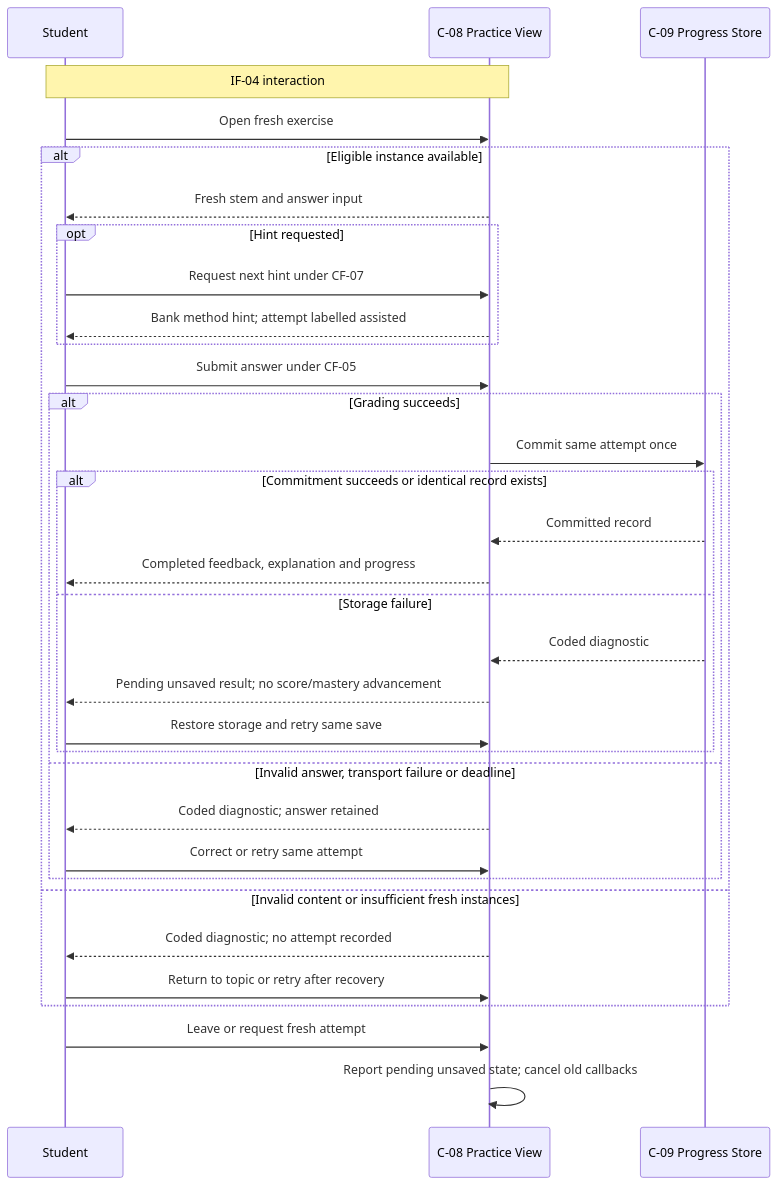
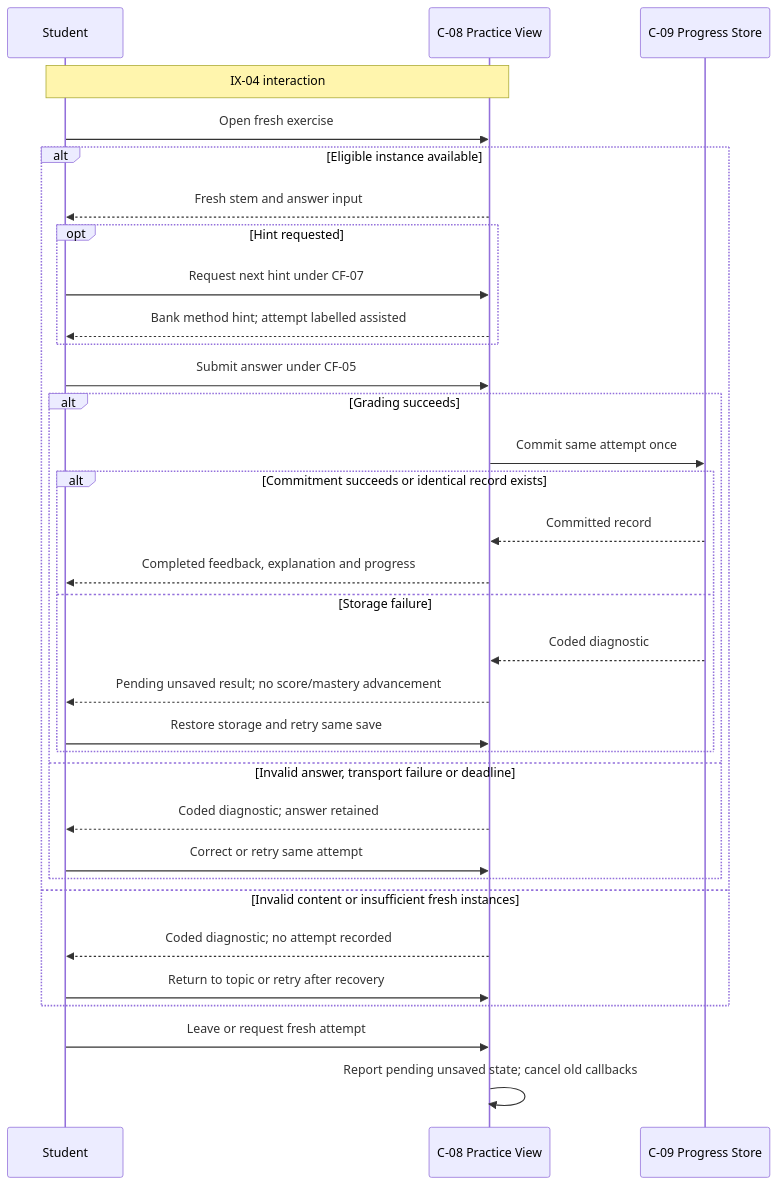
One commit to hailingu/orange changed diagram 12 of 14 in docs/architecture/ADD-0001-orange-v1-baseline.md. Above: the diagram before and after it, drawn with Mermaid. The commit also changed other lines of this file and 1 other file, not shown here.

First line of the commit message:
docs(architecture): approve ADD-0001 V1 baseline to Current

````diff
--- a/docs/architecture/ADD-0001-orange-v1-baseline.md
+++ b/docs/architecture/ADD-0001-orange-v1-baseline.md
@@ -705,35 +706,35 @@
 ```mermaid
 sequenceDiagram
     participant Student
     participant C08 as C-08 Practice View
     participant C09 as C-09 Progress Store
-    Note over Student,C08: IF-04 interaction
+    Note over Student,C08: IX-04 interaction
     Student->>C08: Open fresh exercise
     alt Eligible instance available
         C08-->>Student: Fresh stem and answer input
         opt Hint requested
             Student->>C08: Request next hint under CF-07
             C08-->>Student: Bank method hint#59; attempt labelled assisted
         end
         Student->>C08: Submit answer under CF-05
         alt Grading succeeds
             C08->>C09: Commit same attempt once
             alt Commitment succeeds or identical record exists
                 C09-->>C08: Committed record
                 C08-->>Student: Completed feedback, explanation and progress
             else Storage failure
                 C09-->>C08: Coded diagnostic
                 C08-->>Student: Pending unsaved result#59; no score/mastery advancement
                 Student->>C08: Restore storage and retry same save
             end
         else Invalid answer, transport failure or deadline
             C08-->>Student: Coded diagnostic#59; answer retained
             Student->>C08: Correct or retry same attempt
         end
     else Invalid content or insufficient fresh instances
         C08-->>Student: Coded diagnostic#59; no attempt recorded
         Student->>C08: Return to topic or retry after recovery
     end
     Student->>C08: Leave or request fresh attempt
     C08->>C08: Report pending unsaved state#59; cancel old callbacks
 ```
````
